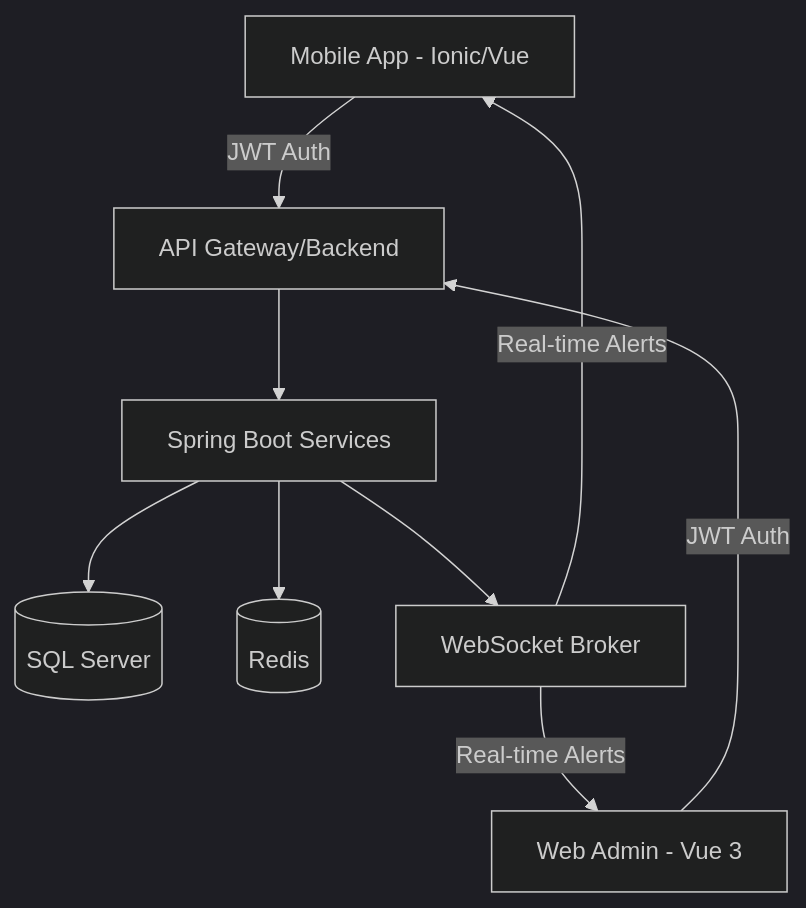
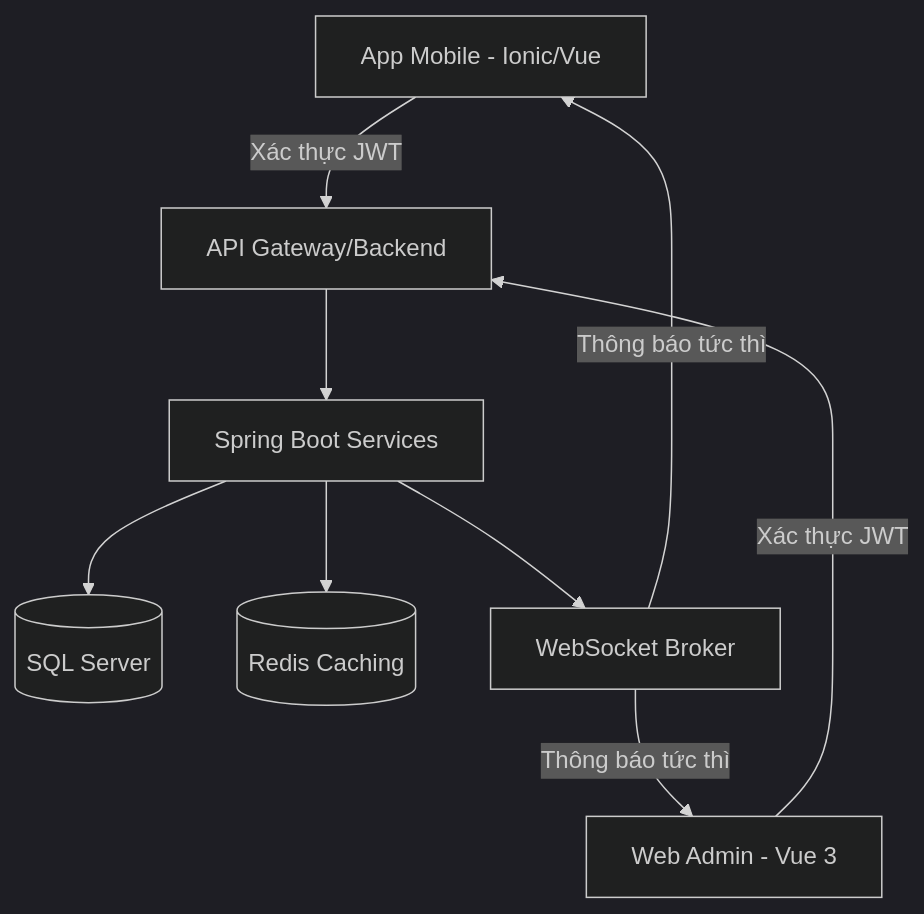
The diagram in README.md (loigado/WebQuanLyChuoiCuaHang-AppMobile), drawn with Mermaid (dark theme) before and after one commit. The commit also changed other lines of this file, not shown here.

````diff
--- a/README.md
+++ b/README.md
@@ -61,11 +62,11 @@
 ```mermaid
 graph TD
-    A[Mobile App - Ionic/Vue] -->|JWT Auth| B[API Gateway/Backend]
-    C[Web Admin - Vue 3] -->|JWT Auth| B
+    A[App Mobile - Ionic/Vue] -->|Xác thực JWT| B[API Gateway/Backend]
+    C[Web Admin - Vue 3] -->|Xác thực JWT| B
     B --> D[Spring Boot Services]
     D --> E[(SQL Server)]
-    D --> F[(Redis)]
+    D --> F[(Redis Caching)]
     D --> G[WebSocket Broker]
-    G -->|Real-time Alerts| A
-    G -->|Real-time Alerts| C
+    G -->|Thông báo tức thì| A
+    G -->|Thông báo tức thì| C
 ```
````
